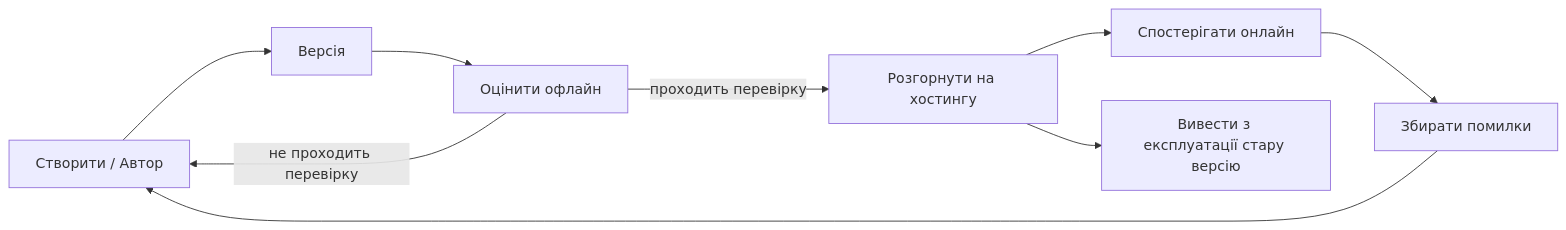
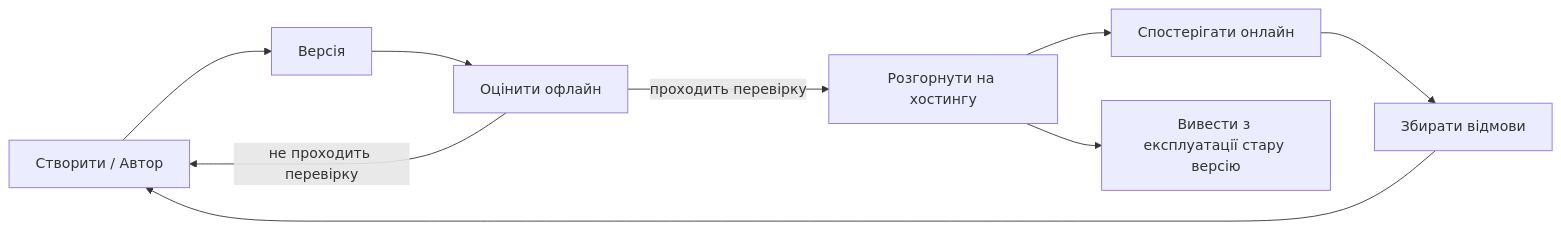
Before and after one commit to gabrielmoreira/agent-skills-mirror: the second of 4 diagrams in mirrors/repos/microsoft@ai-agents-for-beginners/translations/uk/16-deploying-scalable-agents/README.md, drawn with Mermaid. The commit also changed other lines of this file and 3581 other files, not shown here.

````diff
--- a/mirrors/repos/microsoft@ai-agents-for-beginners/translations/uk/16-deploying-scalable-agents/README.md
+++ b/mirrors/repos/microsoft@ai-agents-for-beginners/translations/uk/16-deploying-scalable-agents/README.md
@@ -108,11 +108,11 @@
 ```mermaid
 flowchart LR
     Create[Створити / Автор] --> Version[Версія]
     Version --> Evaluate[Оцінити офлайн]
     Evaluate -->|проходить перевірку| Deploy[Розгорнути на хостингу]
     Evaluate -->|не проходить перевірку| Create
     Deploy --> Observe[Спостерігати онлайн]
-    Observe --> Improve[Збирати помилки]
+    Observe --> Improve[Збирати відмови]
     Improve --> Create
     Deploy --> Retire[Вивести з експлуатації стару версію]
 ```
````
